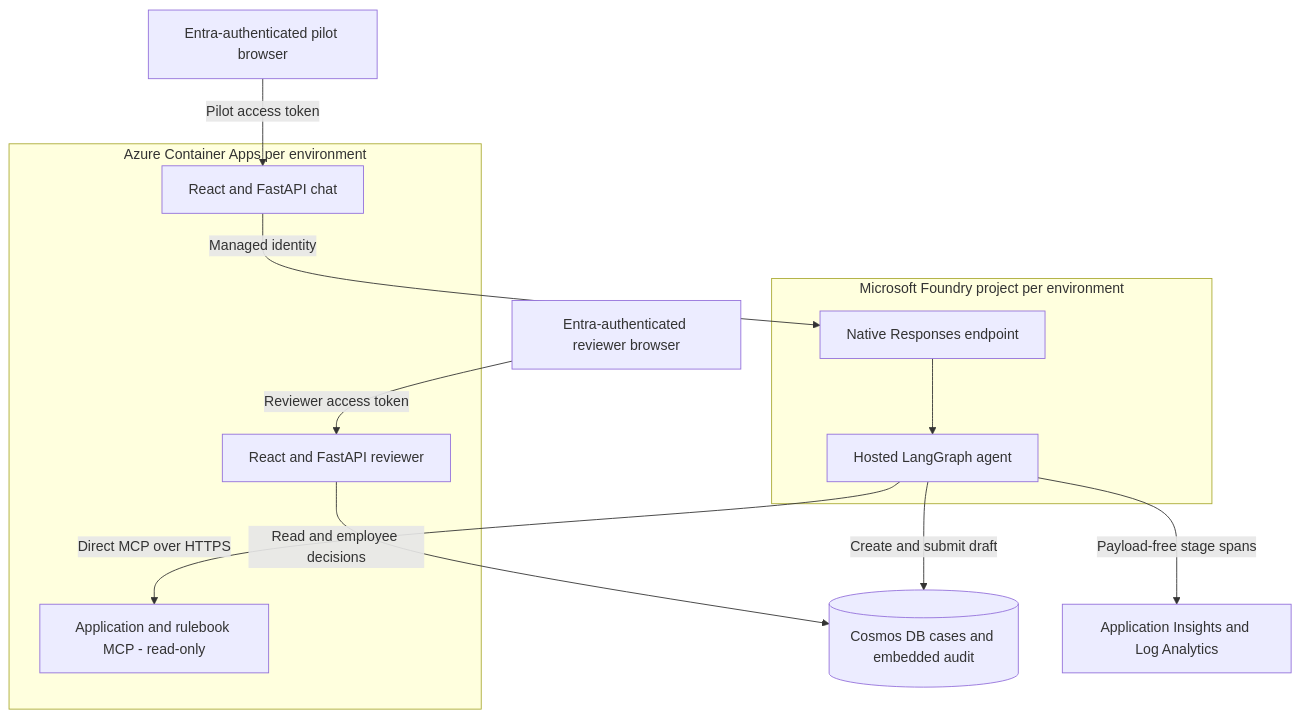
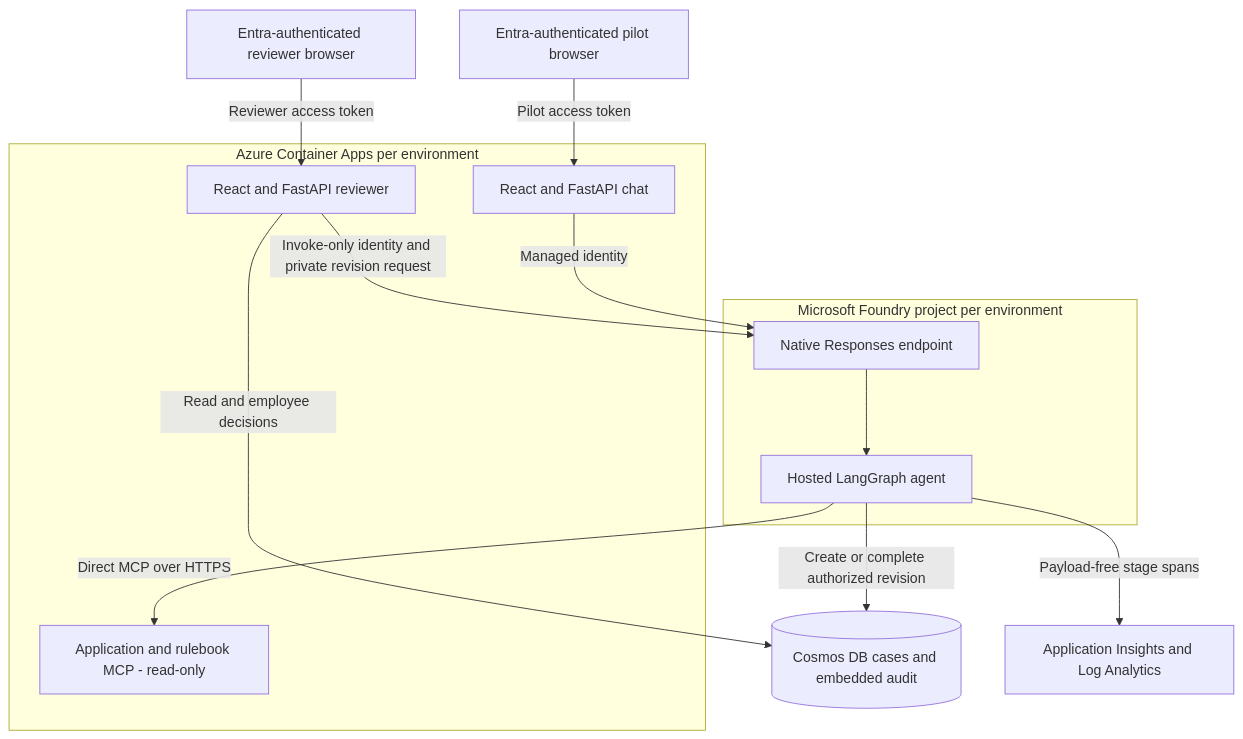
The first of 7 diagrams in docs/architecture.md (devopsabcs-engineering/foundry-hosted-agents-fsi), drawn with Mermaid before and after one commit. The commit also changed other lines of this file and 38 other files, not shown here.

First line of the commit message:
feat: complete corrected case revision resubmission (#29)

````diff
--- a/docs/architecture.md
+++ b/docs/architecture.md
@@ -35,24 +40,25 @@
 ```mermaid
 flowchart TD
     AApplicant["Entra-authenticated pilot browser"]
     AEmployee["Entra-authenticated reviewer browser"]
     subgraph AApps["Azure Container Apps per environment"]
         AChat["React and FastAPI chat"]
         AReview["React and FastAPI reviewer"]
         AMCP["Application and rulebook MCP - read-only"]
     end
     subgraph AFoundry["Microsoft Foundry project per environment"]
         AEndpoint["Native Responses endpoint"]
         AAgent["Hosted LangGraph agent"]
     end
     AStore[("Cosmos DB cases and embedded audit")]
     AMonitor["Application Insights and Log Analytics"]
     AApplicant -->|"Pilot access token"| AChat
     AEmployee -->|"Reviewer access token"| AReview
     AChat -->|"Managed identity"| AEndpoint
+    AReview -->|"Invoke-only identity and private revision request"| AEndpoint
     AEndpoint --> AAgent
     AAgent -->|"Direct MCP over HTTPS"| AMCP
-    AAgent -->|"Create and submit draft"| AStore
+    AAgent -->|"Create or complete authorized revision"| AStore
     AReview -->|"Read and employee decisions"| AStore
     AAgent -->|"Payload-free stage spans"| AMonitor
 ```
````
